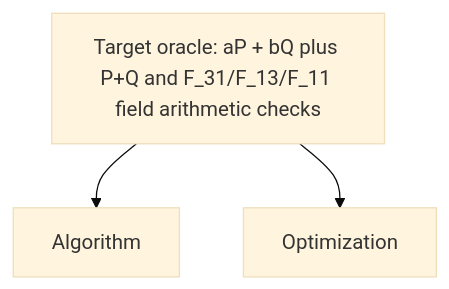
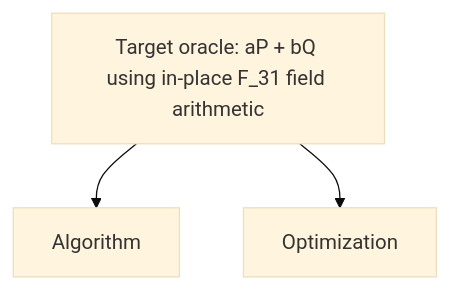
One commit to ecdlp-contest/ecdlp-5-bit changed the diagram in README.md. Above: the diagram before and after it, drawn with Mermaid (base theme). The commit also changed other lines of this file and 18 other files, not shown here.

````diff
--- a/README.md
+++ b/README.md
@@ -247,9 +224,9 @@
 ```mermaid
 flowchart TD
-  Target["Target oracle: aP + bQ plus P+Q and F_31/F_13/F_11 field arithmetic checks"]
+  Target["Target oracle: aP + bQ using in-place F_31 field arithmetic"]
   Algorithm["Algorithm"]
   Optimization["Optimization"]
 
   Target --> Algorithm
   Target --> Optimization
 ```
````
